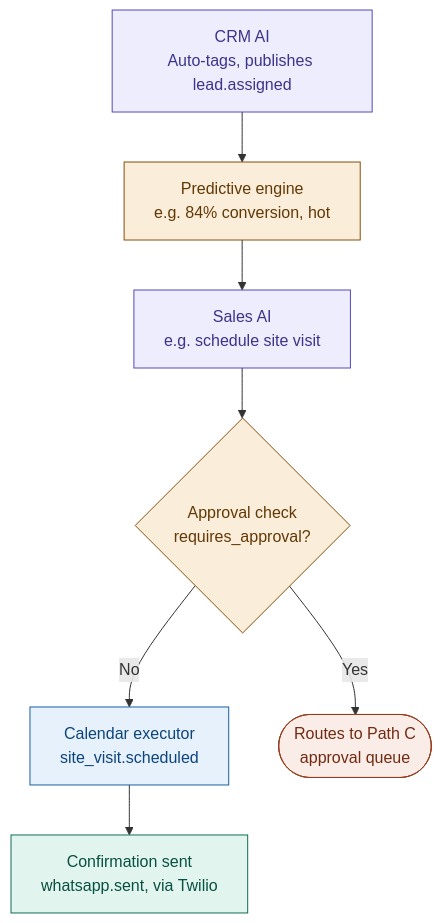
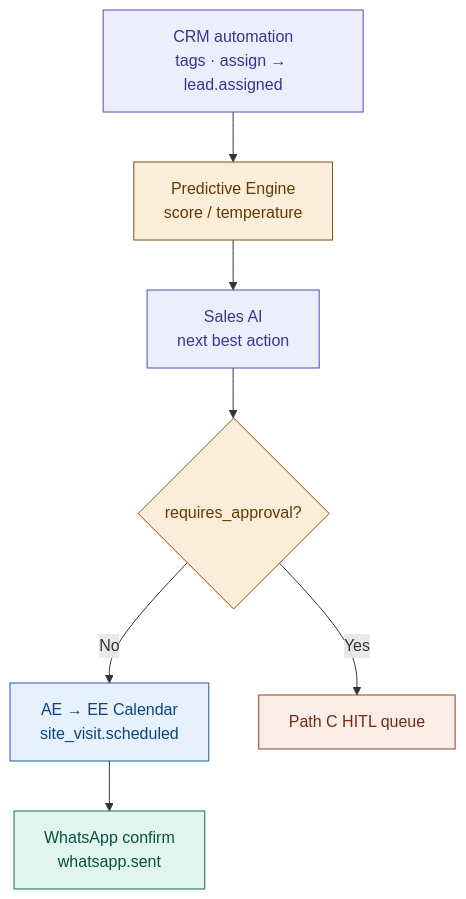
The fourth of 8 diagrams in IREIOS_3.0_Architecture_Diagrams.md (imperiondata/real-estate-ai-lead-agent), drawn with Mermaid before and after one commit. The commit also changed other lines of this file and 2 other files, not shown here.

Commit message:
docs: updated architecture diagrams and implementation plans based on current scope and requirements

````diff
--- a/IREIOS_3.0_Architecture_Diagrams.md
+++ b/IREIOS_3.0_Architecture_Diagrams.md
@@ -133,29 +281,26 @@
 ```mermaid
 flowchart TD
-    C1["CRM AI<br/>Auto-tags, publishes lead.assigned"]
-    C2["Predictive engine<br/>e.g. 84% conversion, hot"]
-    C3["Sales AI<br/>e.g. schedule site visit"]
-    C4{"Approval check<br/>requires_approval?"}
-    C5["Calendar executor<br/>site_visit.scheduled"]
-    C6["Confirmation sent<br/>whatsapp.sent, via Twilio"]
-    C7(["Routes to Path C<br/>approval queue"])
+    C1[CRM automation<br/>tags · assign → lead.assigned]
+    C2[Predictive Engine<br/>score / temperature]
+    C3[Sales AI<br/>next best action]
+    C4{requires_approval?}
+    C5[AE → EE Calendar<br/>site_visit.scheduled]
+    C6[WhatsApp confirm<br/>whatsapp.sent]
+    C7[Path C HITL queue]
 
     C1 --> C2 --> C3 --> C4
     C4 -->|No| C5 --> C6
     C4 -->|Yes| C7
 
-    classDef gray fill:#F1EFE8,stroke:#5F5E5A,color:#2C2C2A;
     classDef blue fill:#E6F1FB,stroke:#185FA5,color:#0C447C;
     classDef teal fill:#E1F5EE,stroke:#0F6E56,color:#085041;
     classDef purple fill:#EEEDFE,stroke:#534AB7,color:#3C3489;
     classDef amber fill:#FAEEDA,stroke:#854F0B,color:#633806;
     classDef coral fill:#FAECE7,stroke:#993C1D,color:#712B13;
 
-    class C1 purple
-    class C2 amber
-    class C3 purple
-    class C4 amber
+    class C1,C3 purple
+    class C2,C4 amber
     class C5 blue
     class C6 teal
     class C7 coral
 ```
````
